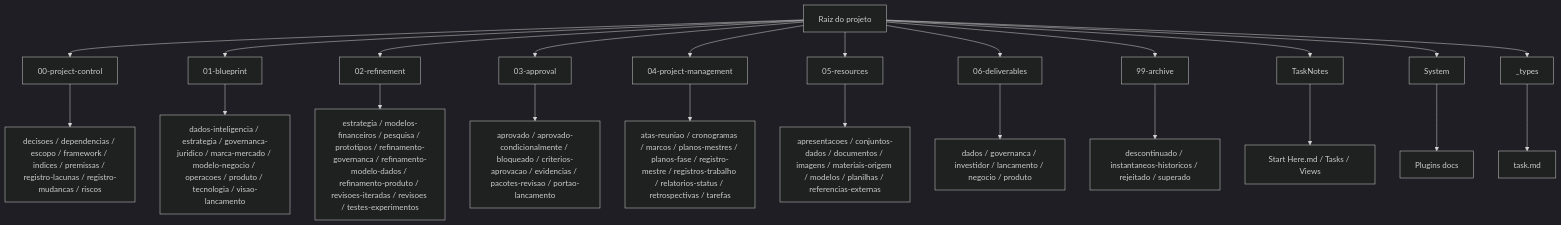
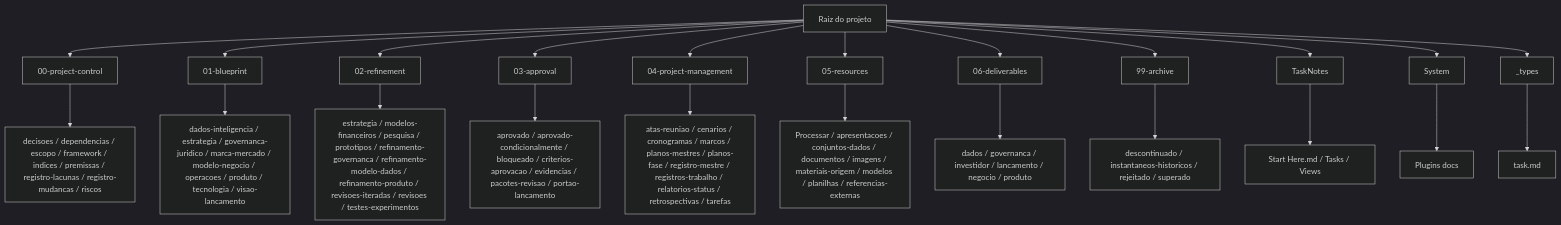
Before and after one commit to pratofeitoo/the-new-hub-proj-dev-2: the diagram in project-map.md, drawn with Mermaid (dark theme). The commit also changed other lines of this file and 3 other files, not shown here.

````diff
--- a/project-map.md
+++ b/project-map.md
@@ -462,27 +480,27 @@
 ```mermaid
 flowchart TB
     root["Raiz do projeto"]
     root --> PC["00-project-control"]
     root --> BP["01-blueprint"]
     root --> RF["02-refinement"]
     root --> AP["03-approval"]
     root --> PM["04-project-management"]
     root --> RS["05-resources"]
     root --> DL["06-deliverables"]
     root --> AR["99-archive"]
     root --> TN["TaskNotes"]
     root --> SYS["System"]
     root --> TYPES["_types"]
 
     PC --> PCF["decisoes / dependencias / escopo / framework / indices / premissas / registro-lacunas / registro-mudancas / riscos"]
     BP --> BPF["dados-inteligencia / estrategia / governanca-juridico / marca-mercado / modelo-negocio / operacoes / produto / tecnologia / visao-lancamento"]
     RF --> RFF["estrategia / modelos-financeiros / pesquisa / prototipos / refinamento-governanca / refinamento-modelo-dados / refinamento-produto / revisoes-iteradas / revisoes / testes-experimentos"]
     AP --> APF["aprovado / aprovado-condicionalmente / bloqueado / criterios-aprovacao / evidencias / pacotes-revisao / portao-lancamento"]
-     PM --> PMF["atas-reuniao / cronogramas / marcos / planos-mestres / planos-fase / registro-mestre / registros-trabalho / relatorios-status / retrospectivas / tarefas"]
-    RS --> RSF["apresentacoes / conjuntos-dados / documentos / imagens / materiais-origem / modelos / planilhas / referencias-externas"]
+     PM --> PMF["atas-reuniao / cenarios / cronogramas / marcos / planos-mestres / planos-fase / registro-mestre / registros-trabalho / relatorios-status / retrospectivas / tarefas"]
+     RS --> RSF["Processar / apresentacoes / conjuntos-dados / documentos / imagens / materiais-origem / modelos / planilhas / referencias-externas"]
     DL --> DLF["dados / governanca / investidor / lancamento / negocio / produto"]
     AR --> ARF["descontinuado / instantaneos-historicos / rejeitado / superado"]
     TN --> TNF["Start Here.md / Tasks / Views"]
     SYS --> SYSF["Plugins docs"]
     TYPES --> TYPEF["task.md"]
 ```
````
